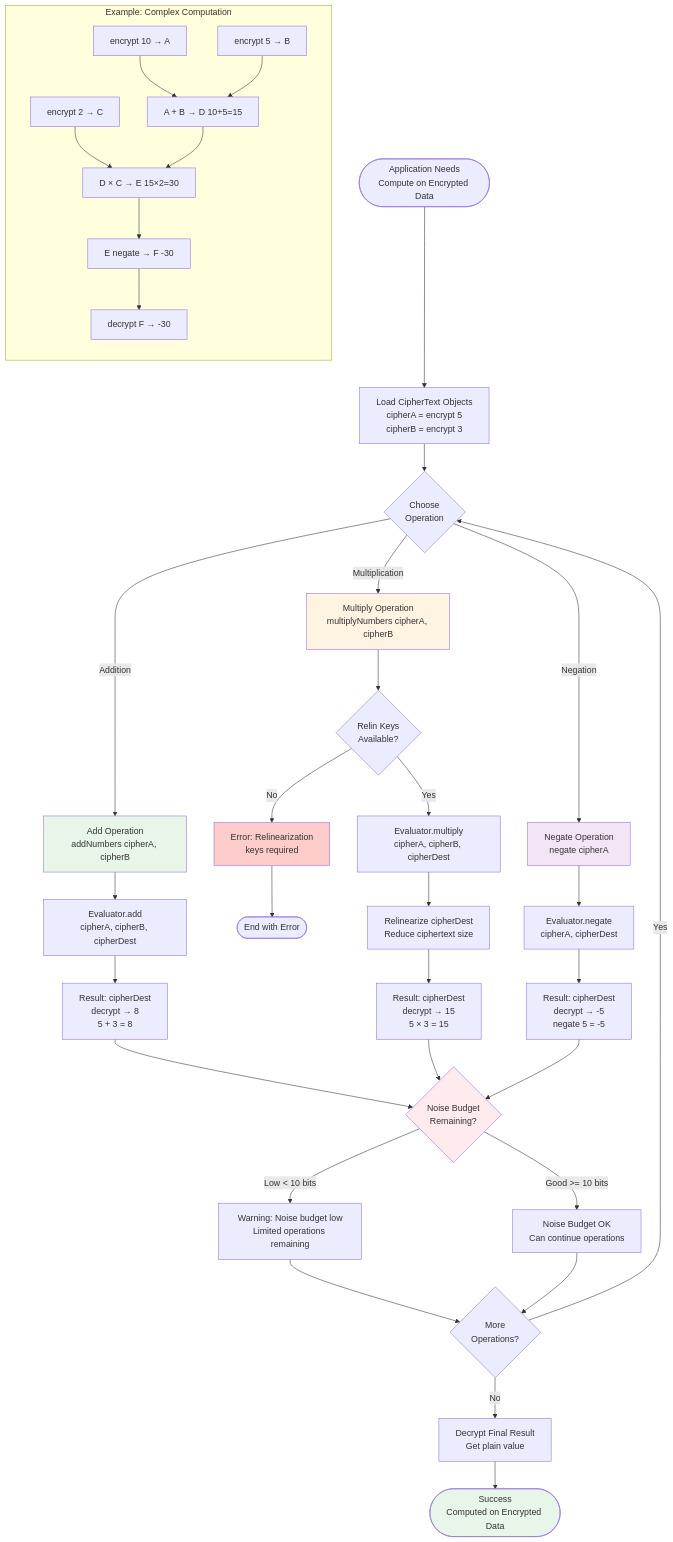
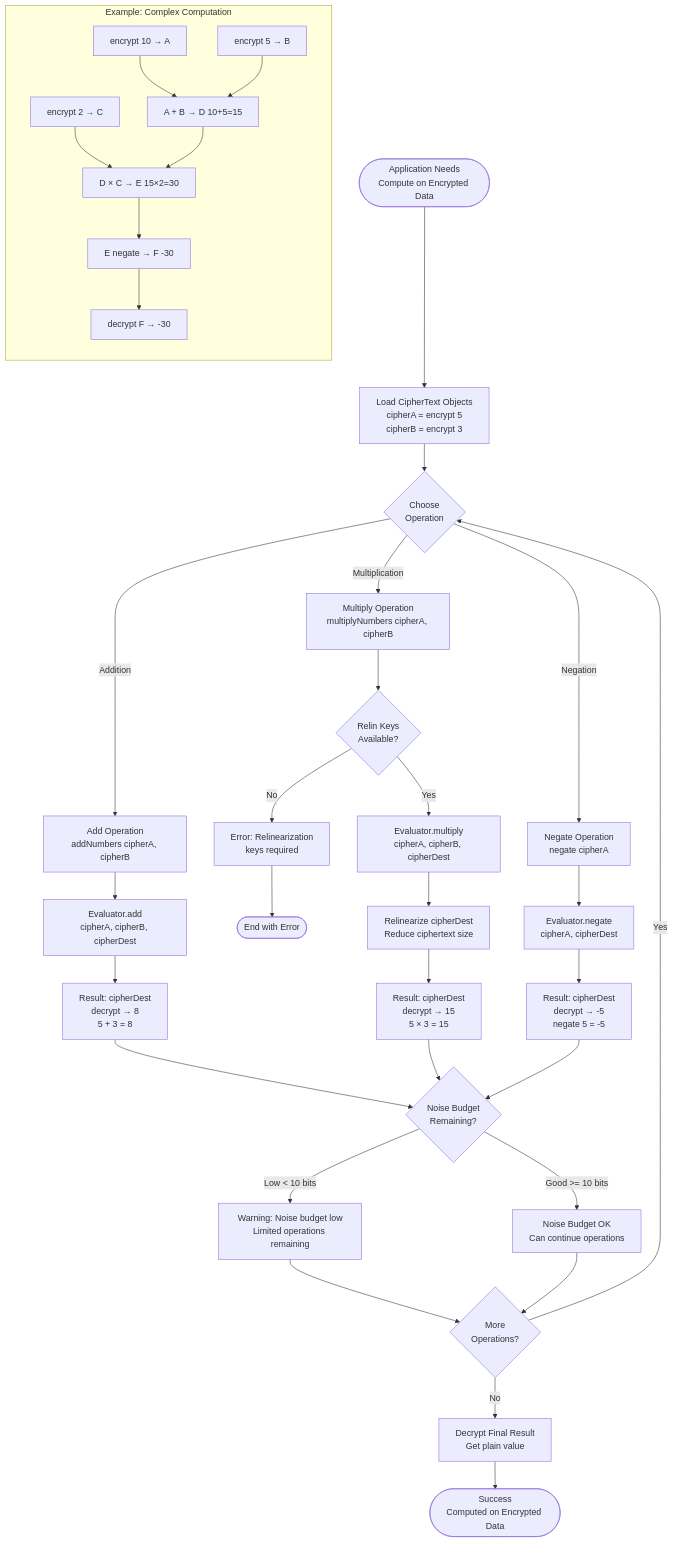
Before and after one commit to kynesyslabs/demos_network_technical_documentation: the fourth of 10 diagrams in cryptography/CRYPTOGRAPHY_SYSTEMS.md, drawn with Mermaid. The commit also changed other lines of this file and 24 other files, not shown here.

````diff
--- a/cryptography/CRYPTOGRAPHY_SYSTEMS.md
+++ b/cryptography/CRYPTOGRAPHY_SYSTEMS.md
@@ -300,64 +285,58 @@
 ```mermaid
 flowchart TD
     Start([Application Needs<br/>Compute on Encrypted Data]) --> LoadCiphers[Load CipherText Objects<br/>cipherA = encrypt 5<br/>cipherB = encrypt 3]
 
     LoadCiphers --> ChooseOp{Choose<br/>Operation}
 
     ChooseOp -->|Addition| AddOp[Add Operation<br/>addNumbers cipherA, cipherB]
     ChooseOp -->|Multiplication| MulOp[Multiply Operation<br/>multiplyNumbers cipherA, cipherB]
     ChooseOp -->|Negation| NegOp[Negate Operation<br/>negate cipherA]
 
     AddOp --> EvalAdd[Evaluator.add<br/>cipherA, cipherB, cipherDest]
     EvalAdd --> AddResult[Result: cipherDest<br/>decrypt → 8<br/>5 + 3 = 8]
 
     MulOp --> CheckRelinKeys{Relin Keys<br/>Available?}
     CheckRelinKeys -->|No| ErrorRelin[Error: Relinearization<br/>keys required]
     ErrorRelin --> End([End with Error])
 
     CheckRelinKeys -->|Yes| EvalMul[Evaluator.multiply<br/>cipherA, cipherB, cipherDest]
     EvalMul --> Relinearize[Relinearize cipherDest<br/>Reduce ciphertext size]
     Relinearize --> MulResult[Result: cipherDest<br/>decrypt → 15<br/>5 × 3 = 15]
 
     NegOp --> EvalNeg[Evaluator.negate<br/>cipherA, cipherDest]
     EvalNeg --> NegResult[Result: cipherDest<br/>decrypt → -5<br/>negate 5 = -5]
 
     AddResult --> CheckNoise{Noise Budget<br/>Remaining?}
     MulResult --> CheckNoise
     NegResult --> CheckNoise
 
     CheckNoise -->|Low < 10 bits| WarningNoise[Warning: Noise budget low<br/>Limited operations remaining]
     CheckNoise -->|Good >= 10 bits| NoiseOK[Noise Budget OK<br/>Can continue operations]
 
     WarningNoise --> ChainOps{More<br/>Operations?}
     NoiseOK --> ChainOps
 
     ChainOps -->|Yes| ChooseOp
     ChainOps -->|No| FinalDecrypt[Decrypt Final Result<br/>Get plain value]
 
     FinalDecrypt --> Success([Success<br/>Computed on Encrypted Data])
 
     subgraph "Example: Complex Computation"
         direction TB
         Ex1[encrypt 10 → A]
         Ex2[encrypt 5 → B]
         Ex3[encrypt 2 → C]
         Ex4[A + B → D  10+5=15]
         Ex5[D × C → E  15×2=30]
         Ex6[E negate → F  -30]
         Ex7[decrypt F → -30]
 
         Ex1 --> Ex4
         Ex2 --> Ex4
         Ex3 --> Ex5
         Ex4 --> Ex5
         Ex5 --> Ex6
         Ex6 --> Ex7
     end
 
-    style AddOp fill:#e8f5e9
-    style MulOp fill:#fff4e1
-    style NegOp fill:#f3e5f5
-    style CheckNoise fill:#ffebee
-    style Success fill:#e8f5e9
-    style ErrorRelin fill:#ffcccc
 ```
````
